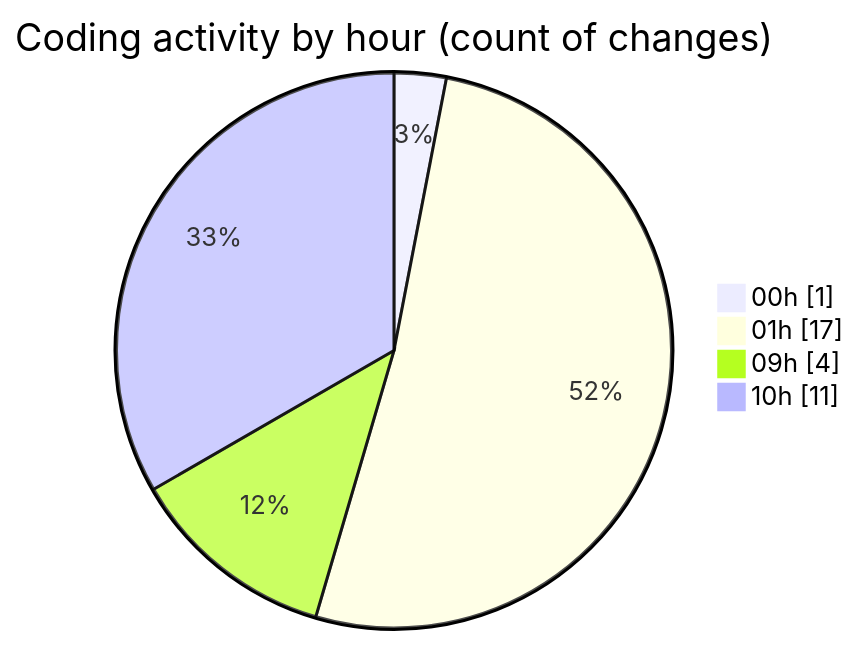
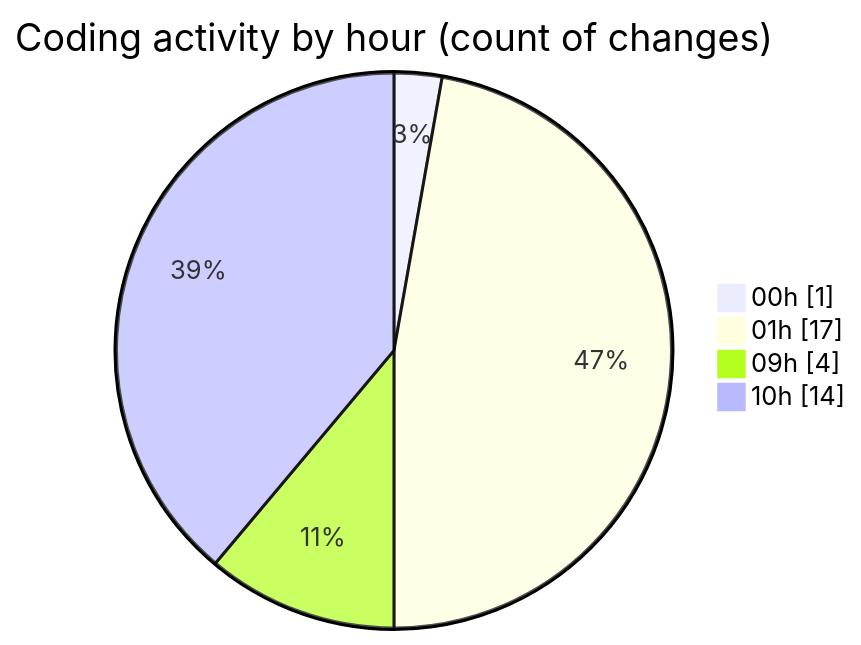
One commit to julien-gomy/code-tracking changed the second of 2 diagrams in 2025-11-01/cdp_aleoudev_fr__workspace_/README.md. Above: the diagram before and after it, drawn with Mermaid. The commit also changed other lines of this file and 1 other file, not shown here.

````diff
--- a/2025-11-01/cdp_aleoudev_fr__workspace_/README.md
+++ b/2025-11-01/cdp_aleoudev_fr__workspace_/README.md
@@ -33,8 +33,8 @@
 ```mermaid
 pie showData
 title Coding activity by hour (count of changes)
 "00h" : 1
 "01h" : 17
 "09h" : 4
-"10h" : 11
+"10h" : 14
 ```
````
